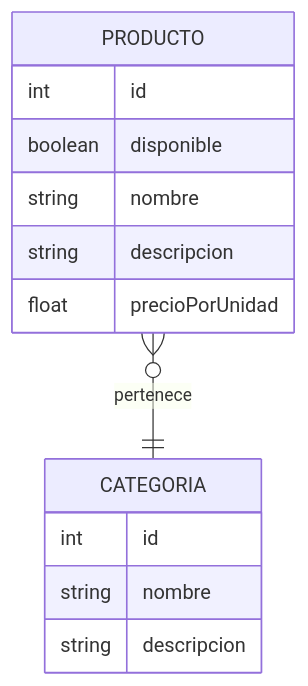
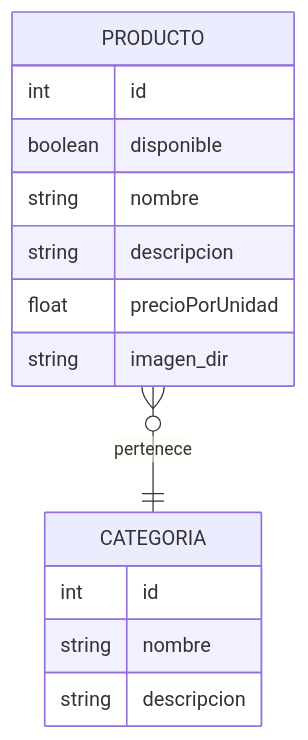
The diagram in README.md (iaw-2022/AgustinGD-inicial), drawn with Mermaid before and after one commit.

````diff
--- a/README.md
+++ b/README.md
@@ -8,16 +8,17 @@
 ```mermaid
 erDiagram
     PRODUCTO }o--|| CATEGORIA : pertenece
     PRODUCTO{
         int id
         boolean disponible
         string nombre
         string descripcion
         float precioPorUnidad
+        string imagen_dir
     }
     CATEGORIA{
         int id
         string nombre
         string descripcion
     }
 ```
````
